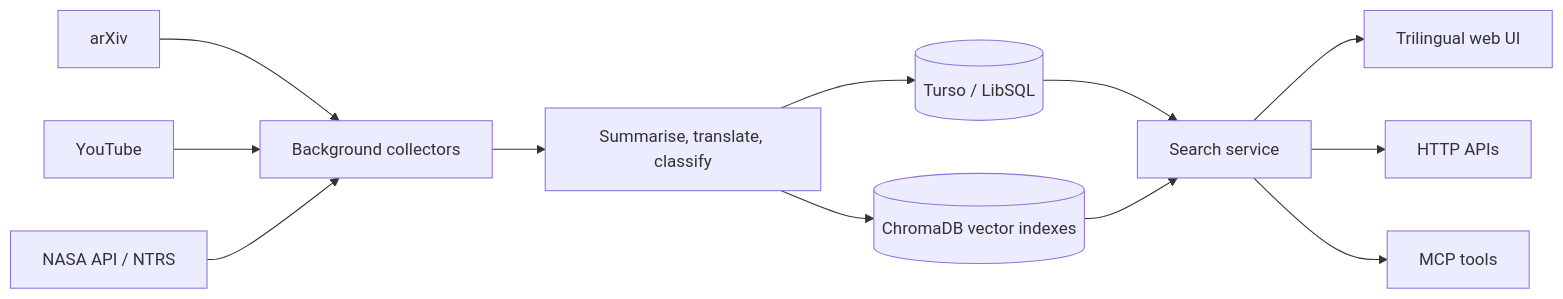
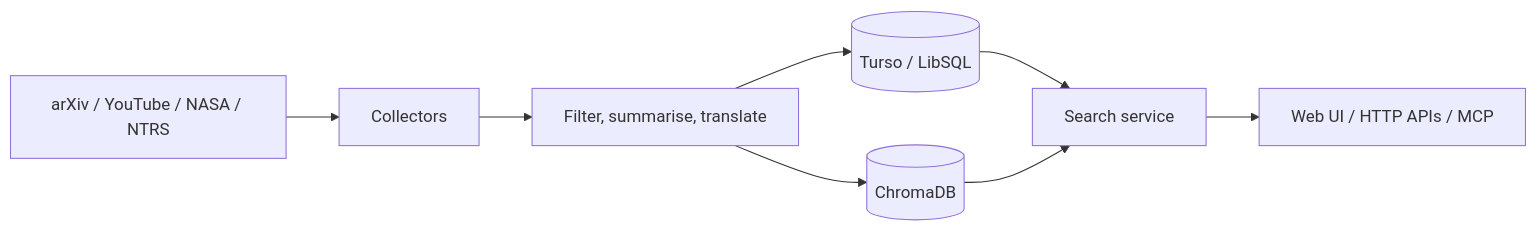
Before and after one commit to topben/astrogroot: the diagram in README.en.md, drawn with Mermaid. The commit also changed other lines of this file and 1 other file, not shown here.

````diff
--- a/README.en.md
+++ b/README.en.md
@@ -44,14 +42,10 @@
 ```mermaid
 flowchart LR
-  A[arXiv] --> C[Background collectors]
-  B[YouTube] --> C
-  N[NASA API / NTRS] --> C
-  C --> P[Summarise, translate, classify]
+  A[arXiv / YouTube / NASA / NTRS] --> C[Collectors]
+  C --> P[Filter, summarise, translate]
   P --> T[(Turso / LibSQL)]
-  P --> V[(ChromaDB vector indexes)]
+  P --> V[(ChromaDB)]
   T --> S[Search service]
   V --> S
-  S --> W[Trilingual web UI]
-  S --> H[HTTP APIs]
-  S --> M[MCP tools]
+  S --> U[Web UI / HTTP APIs / MCP]
 ```
````
